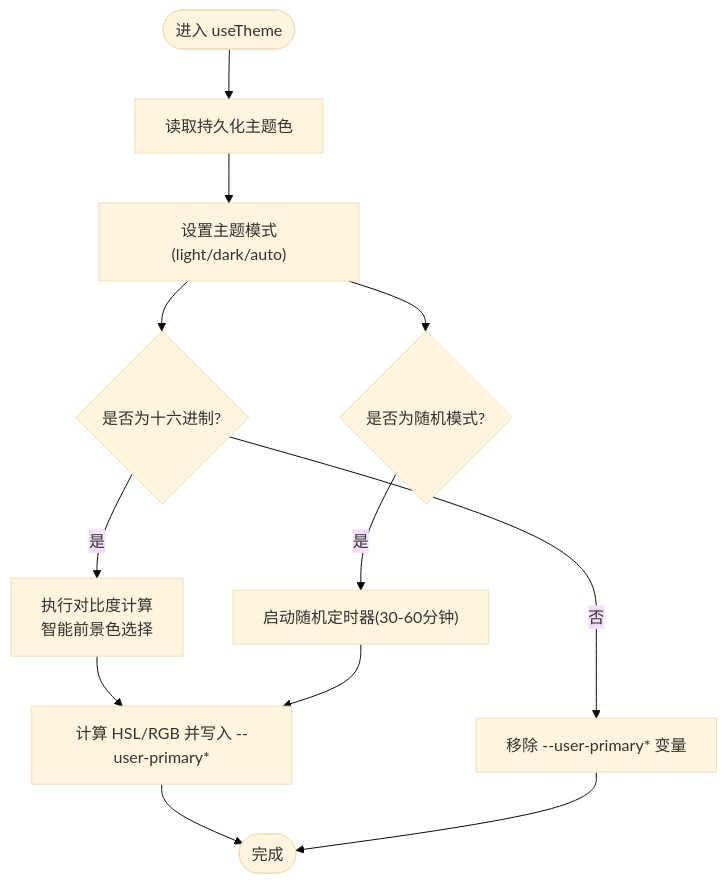
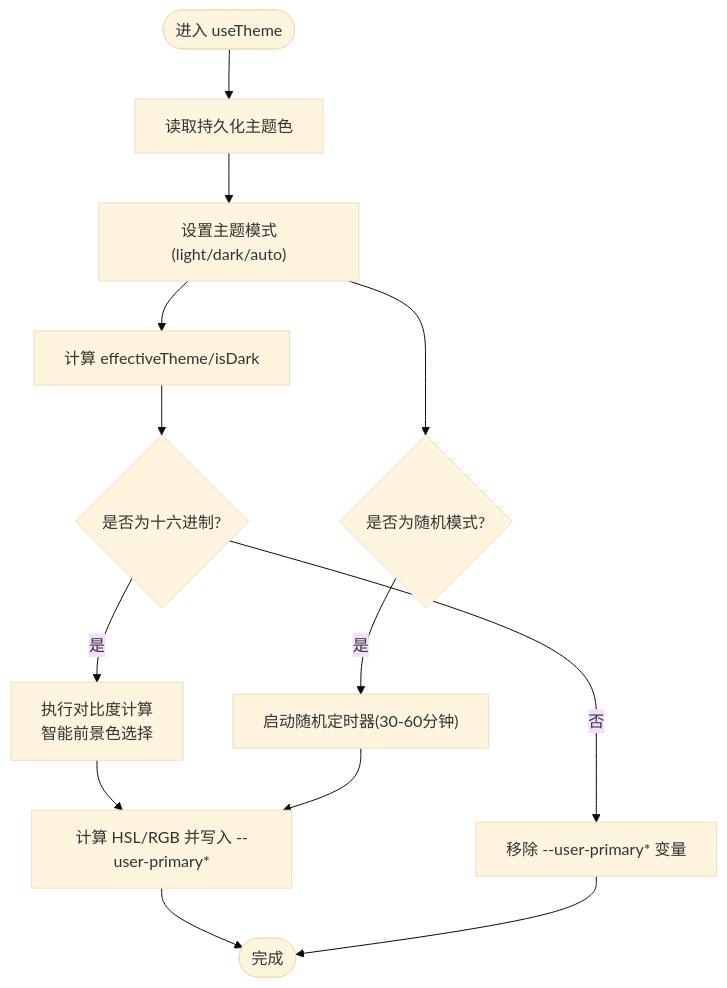
One commit to xixixiaoyu/Todo changed the fourth of 7 diagrams in .qoder/repowiki/zh/content/前端开发/UI组件库/主题系统.md. Above: the diagram before and after it, drawn with Mermaid (base theme). The commit also changed other lines of this file and 6 other files, not shown here.

````diff
--- a/.qoder/repowiki/zh/content/前端开发/UI组件库/主题系统.md
+++ b/.qoder/repowiki/zh/content/前端开发/UI组件库/主题系统.md
@@ -151,14 +201,15 @@
 ```mermaid
 flowchart TD
 Start(["进入 useTheme"]) --> Read["读取持久化主题色"]
 Read --> Mode["设置主题模式(light/dark/auto)"]
-Mode --> Hex{"是否为十六进制?"}
+Mode --> Smart["计算 effectiveTheme/isDark"]
+Smart --> Hex{"是否为十六进制?"}
 Hex --> |是| Calc["执行对比度计算<br/>智能前景色选择"]
 Hex --> |否| Clear["移除 --user-primary* 变量"]
 Mode --> Random{"是否为随机模式?"}
 Random --> |是| Timer["启动随机定时器(30-60分钟)"]
 Calc --> Apply["计算 HSL/RGB 并写入 --user-primary*"]
 Timer --> Apply
 Apply --> End(["完成"])
 Clear --> End
 ```
````
